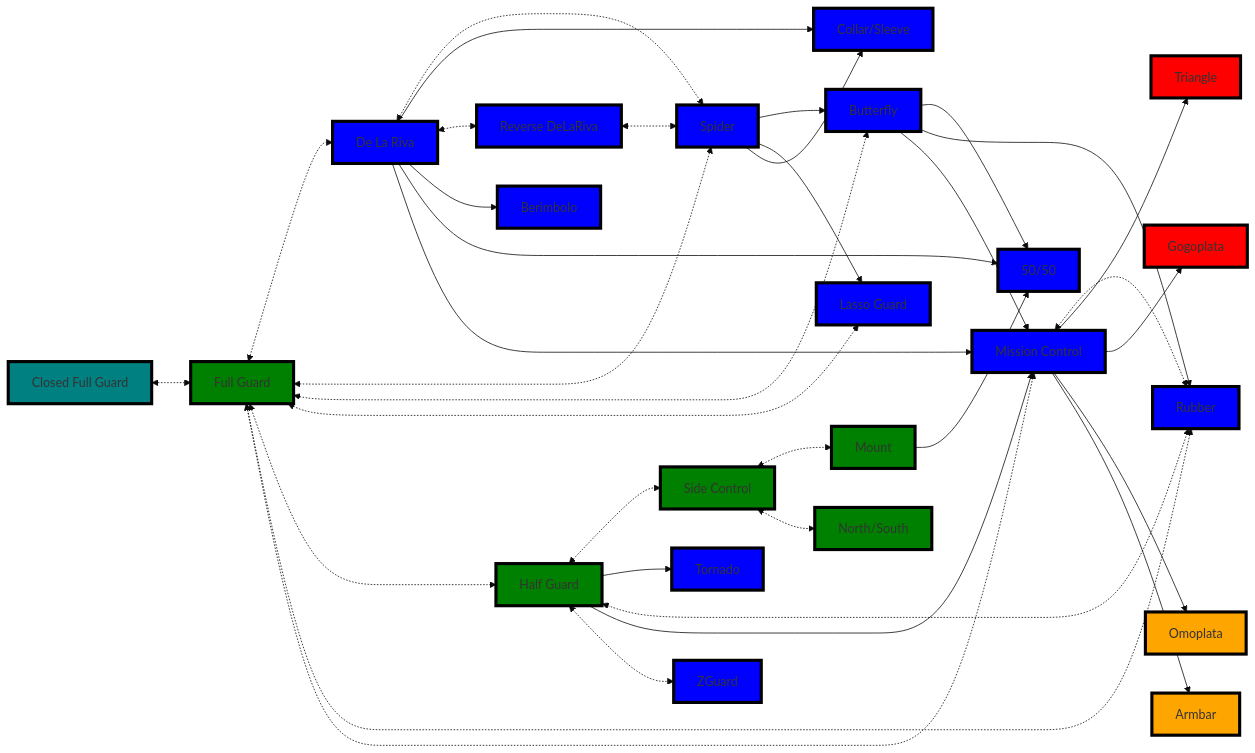
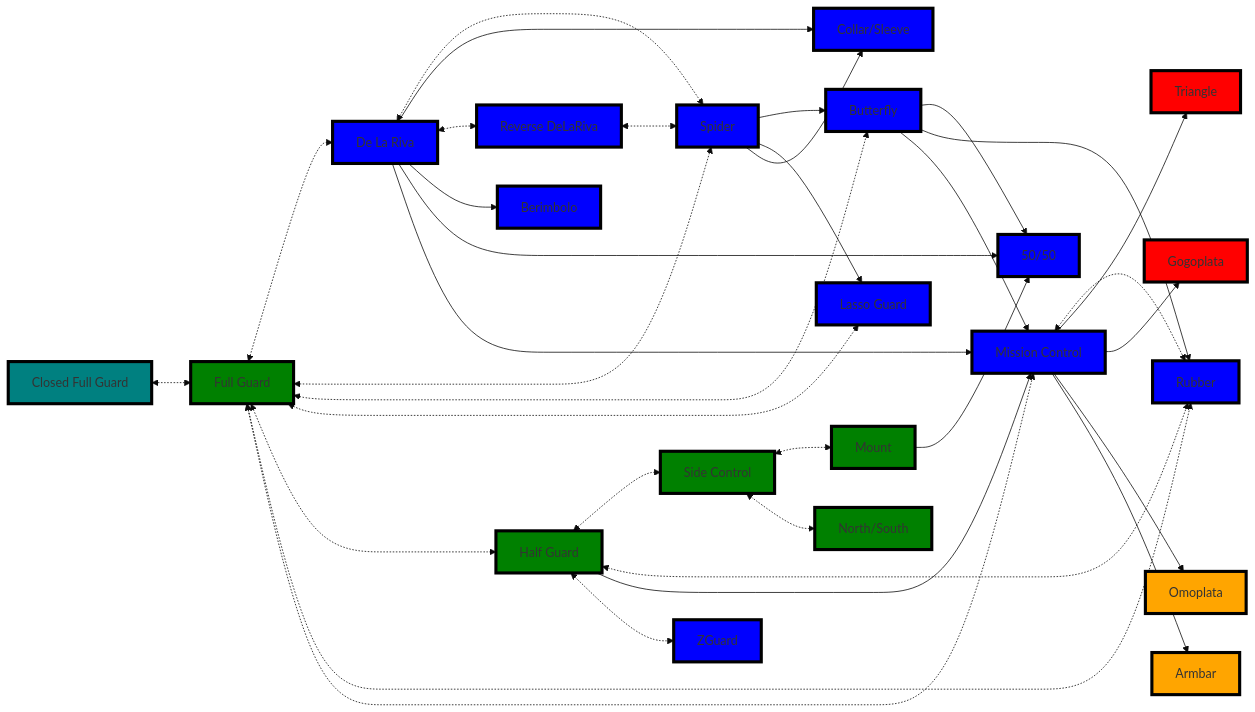
The diagram in _Fitness/MMA/Untitled.md (jacgit18/DevHiveMind), drawn with Mermaid (base theme) before and after one commit. The commit also changed other lines of this file and 2 other files, not shown here.

Commit message:
M "_Fitness/MMA/Grappling/BJJ/guards for striking.md"  M "_Fitness/MMA/Guards Directory.md"  M _Fitness/MMA/Untitled.md

```diff
--- a/_Fitness/MMA/Untitled.md
+++ b/_Fitness/MMA/Untitled.md
@@ -15,7 +15,6 @@
 	L[Reverse DeLaRiva] 
 	M[Berimbolo]
 	N[50/50]
-	P[Tornado]
 	Q[Rubber]
 	R[Mission Control]
 	Z[ZGuard]
@@ -50,7 +49,6 @@
 	D --> R
 
 	H <-.-> I
-	H --> P
 	H <-.-> Q 
 	H --> R
 	H <-.-> Z
@@ -93,8 +91,6 @@
 
 style N fill:blue,stroke:black,stroke-width:4px,shadow:shadow
 
-style P fill:blue,stroke:black,stroke-width:4px,shadow:shadow
-
 style Q fill:blue,stroke:black,stroke-width:4px,shadow:shadow
 
 style R fill:blue,stroke:black,stroke-width:4px,shadow:shadow
```
